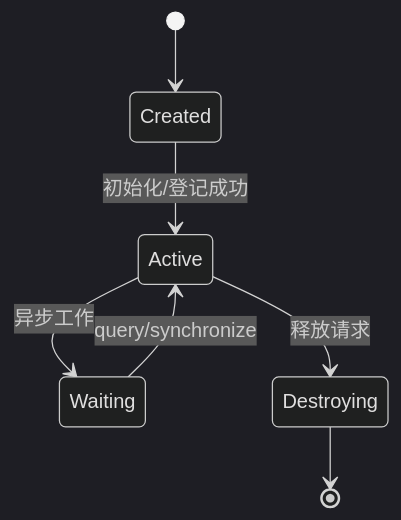
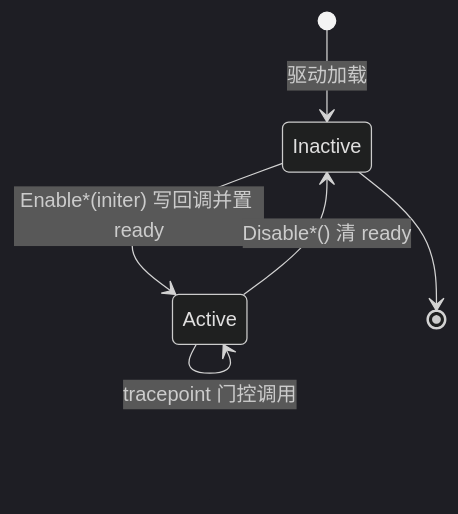
Before and after one commit to visionarywind/Projects: the fourth of 4 diagrams in musa/01-modules/M10-tools-debug/diagrams.md, drawn with Mermaid (dark theme). The commit also changed other lines of this file and 388 other files, not shown here.

````diff
--- a/musa/01-modules/M10-tools-debug/diagrams.md
+++ b/musa/01-modules/M10-tools-debug/diagrams.md
@@ -15,9 +76,8 @@
 ```mermaid
 stateDiagram-v2
- [*] --> Created
- Created --> Active: 初始化/登记成功
- Active --> Waiting: 异步工作
- Waiting --> Active: query/synchronize
- Active --> Destroying: 释放请求
- Destroying --> [*]
+  [*] --> Inactive: 驱动加载
+  Inactive --> Active: Enable*(initer) 写回调并置 ready
+  Active --> Active: tracepoint 门控调用
+  Active --> Inactive: Disable*() 清 ready
+  Inactive --> [*]
 ```
````
